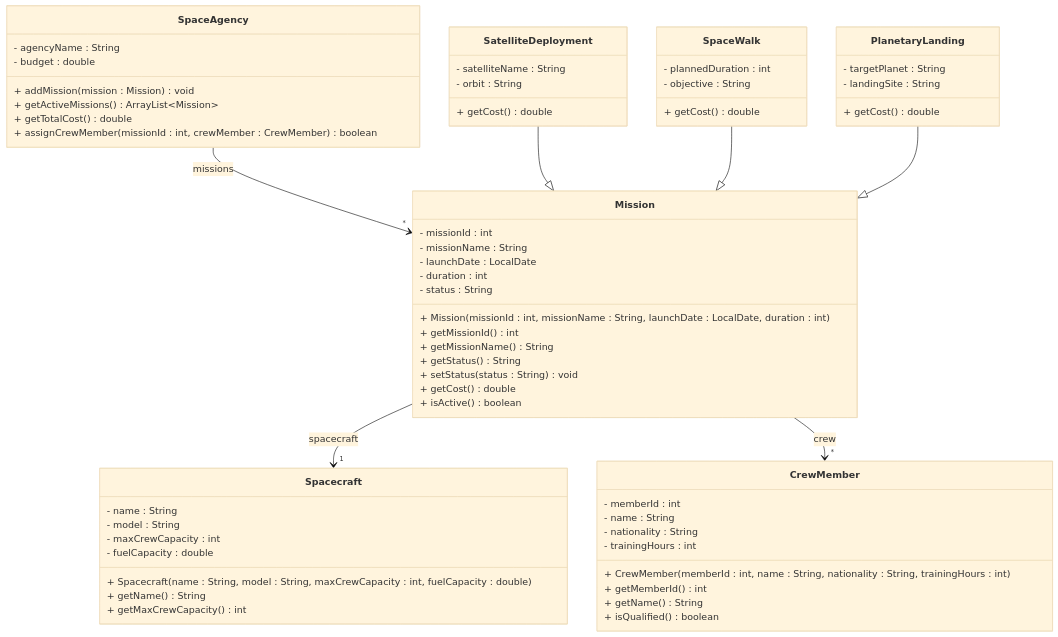
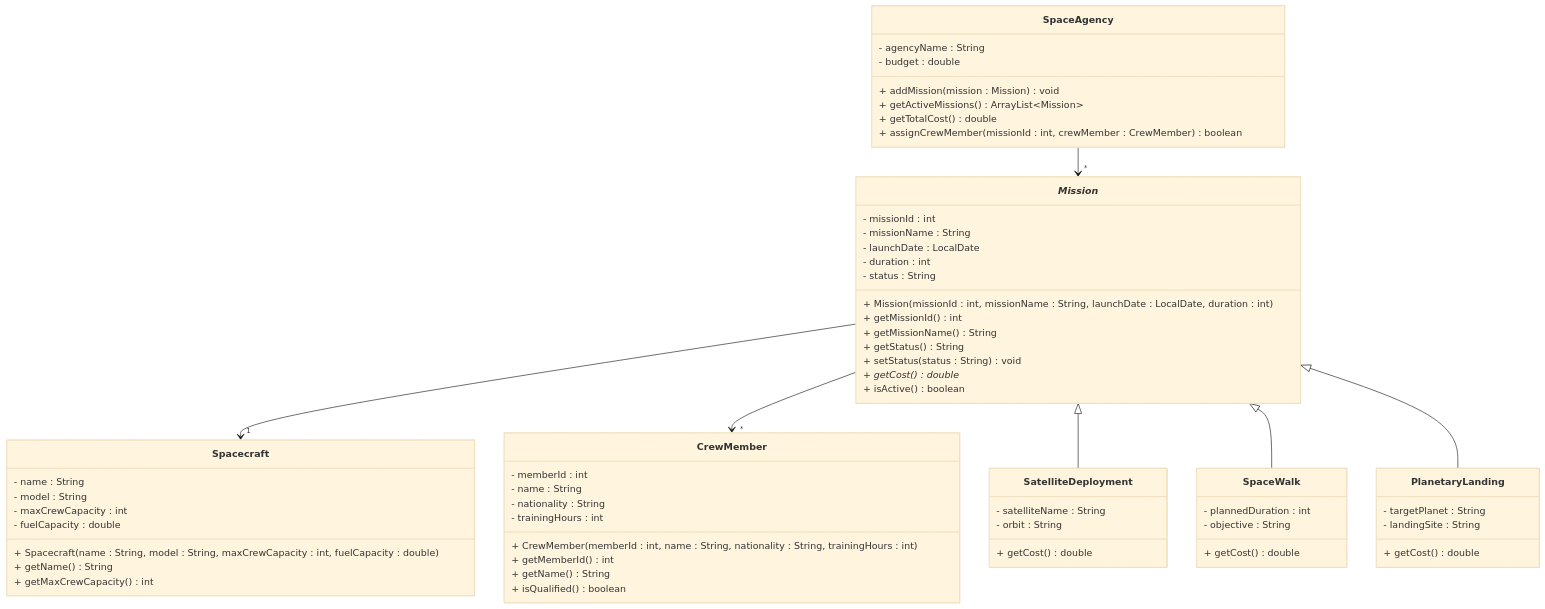
The diagram in Articles/Session 24 - Exam/018 Exercise 17 - Space Mission.md (TroelsMortensen/Codelabs2), drawn with Mermaid (base theme) before and after one commit. The commit also changed 2 other files, not shown here.

````diff
--- a/Articles/Session 24 - Exam/018 Exercise 17 - Space Mission.md
+++ b/Articles/Session 24 - Exam/018 Exercise 17 - Space Mission.md
@@ -5,72 +5,72 @@
 ```mermaid
 classDiagram
     class SpaceAgency {
         - agencyName : String
         - budget : double
         + addMission(mission : Mission) void
         + getActiveMissions() ArrayList~Mission~
         + getTotalCost() double
         + assignCrewMember(missionId : int, crewMember : CrewMember) boolean
     }
     
-    class Mission {
+    class _Mission_ {
         - missionId : int
         - missionName : String
         - launchDate : LocalDate
         - duration : int
         - status : String
         + Mission(missionId : int, missionName : String, launchDate : LocalDate, duration : int)
         + getMissionId() int
         + getMissionName() String
         + getStatus() String
         + setStatus(status : String) void
-        + getCost() double
+        + getCost()* double
         + isActive() boolean
     }
     
     class CrewMember {
         - memberId : int
         - name : String
         - nationality : String
         - trainingHours : int
         + CrewMember(memberId : int, name : String, nationality : String, trainingHours : int)
         + getMemberId() int
         + getName() String
         + isQualified() boolean
     }
     
     class Spacecraft {
         - name : String
         - model : String
         - maxCrewCapacity : int
         - fuelCapacity : double
         + Spacecraft(name : String, model : String, maxCrewCapacity : int, fuelCapacity : double)
         + getName() String
         + getMaxCrewCapacity() int
     }
     
     class SatelliteDeployment {
         - satelliteName : String
         - orbit : String
         + getCost() double
     }
     
     class SpaceWalk {
         - plannedDuration : int
         - objective : String
         + getCost() double
     }
     
     class PlanetaryLanding {
         - targetPlanet : String
         - landingSite : String
         + getCost() double
     }
     
-    SpaceAgency --> "*" Mission : missions
-    Mission --> "1" Spacecraft : spacecraft
-    Mission --> "*" CrewMember : crew
-    SatelliteDeployment --|> Mission
-    SpaceWalk --|> Mission
-    PlanetaryLanding --|> Mission
+    SpaceAgency --> "*" _Mission_
+    _Mission_ --> "1" Spacecraft
+    _Mission_ --> "*" CrewMember
+    _Mission_ <|-- SatelliteDeployment
+    _Mission_ <|-- SpaceWalk
+    _Mission_ <|-- PlanetaryLanding
 ```
````
